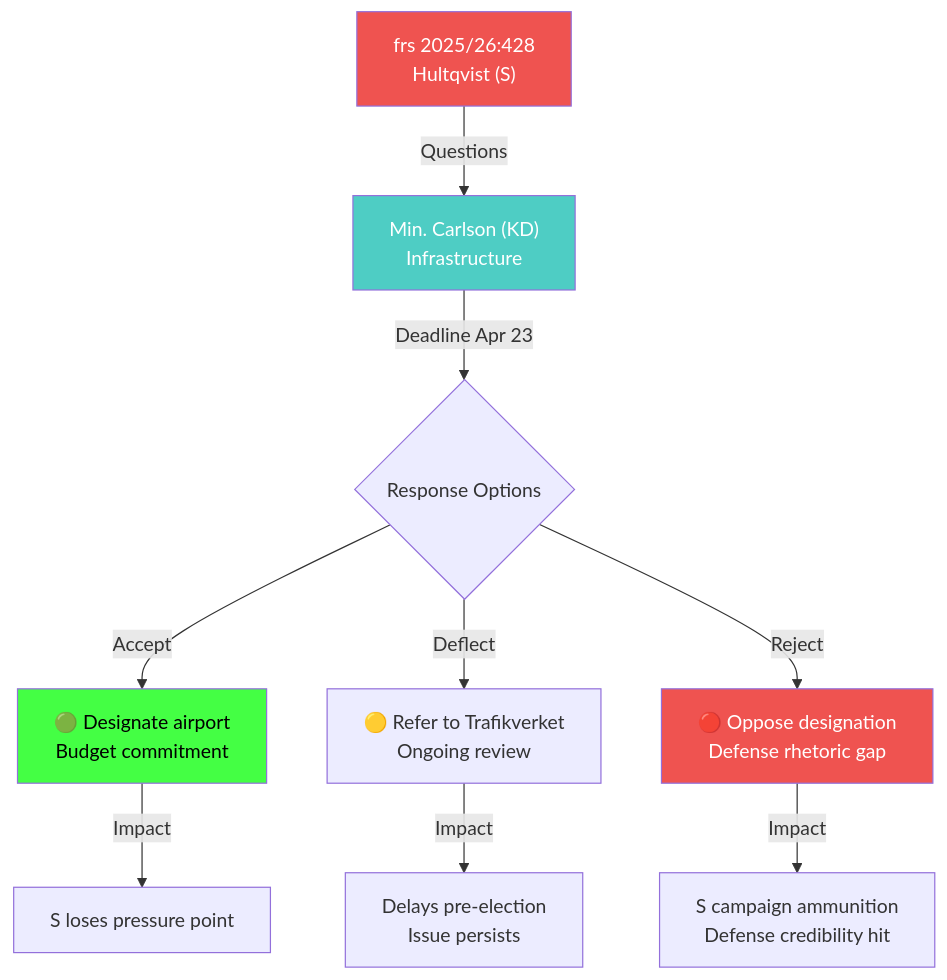
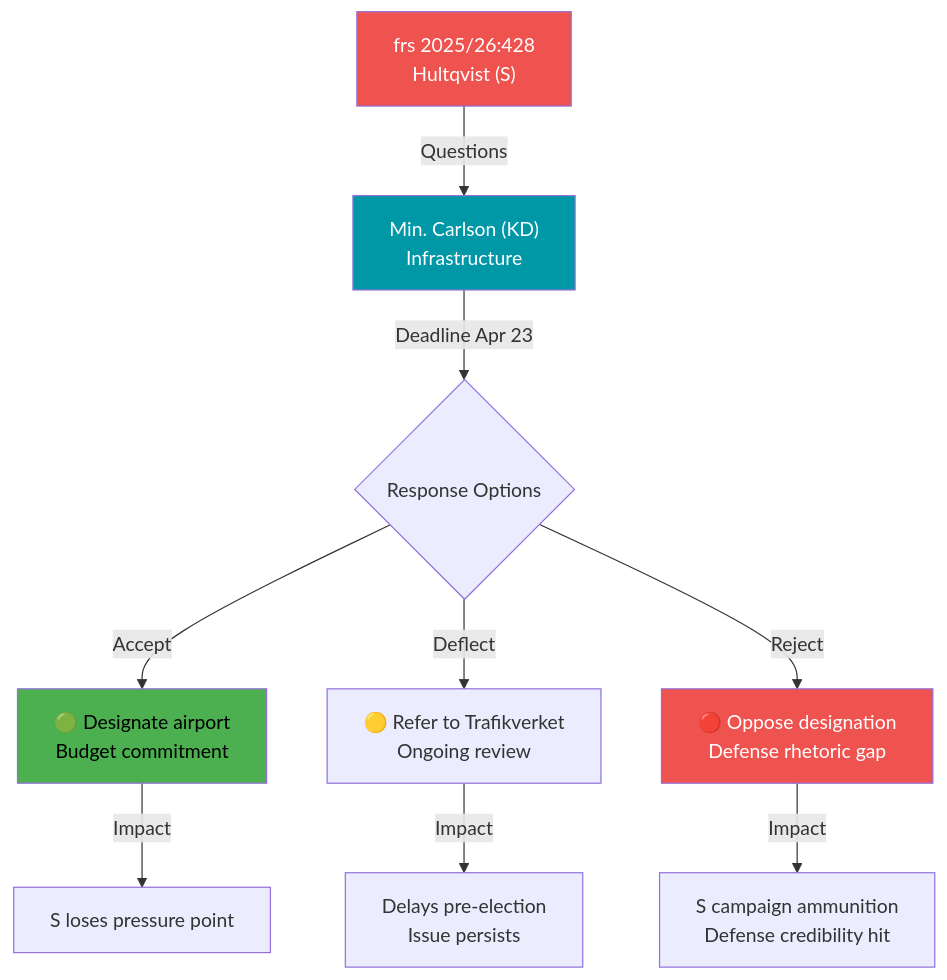
One commit to Hack23/riksdagsmonitor changed the diagram in analysis/daily/2026-04-14/interpellations/documents/HD10428-analysis.md. Above: the diagram before and after it, drawn with Mermaid. The commit also changed 121 other files, not shown here.

````diff
--- a/analysis/daily/2026-04-14/interpellations/documents/HD10428-analysis.md
+++ b/analysis/daily/2026-04-14/interpellations/documents/HD10428-analysis.md
@@ -46,15 +46,15 @@
 ```mermaid
 flowchart TD
     A["frs 2025/26:428<br/>Hultqvist (S)"] -->|Questions| B["Min. Carlson (KD)<br/>Infrastructure"]
     B -->|Deadline Apr 23| C{Response Options}
     C -->|Accept| D["🟢 Designate airport<br/>Budget commitment"]
     C -->|Deflect| E["🟡 Refer to Trafikverket<br/>Ongoing review"]
     C -->|Reject| F["🔴 Oppose designation<br/>Defense rhetoric gap"]
     D -->|Impact| G["S loses pressure point"]
     E -->|Impact| H["Delays pre-election<br/>Issue persists"]
     F -->|Impact| I["S campaign ammunition<br/>Defense credibility hit"]
     style A fill:#EF5350,color:#FFFFFF
-    style B fill:#4ecdc4,color:#FFFFFF
+    style B fill:#0097A7,color:#FFFFFF
     style F fill:#EF5350,color:#FFFFFF
-    style D fill:#44ff44,color:#000000
+    style D fill:#4CAF50,color:#000000
 ```
````
